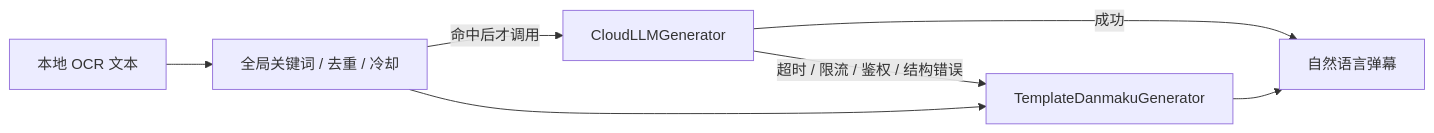
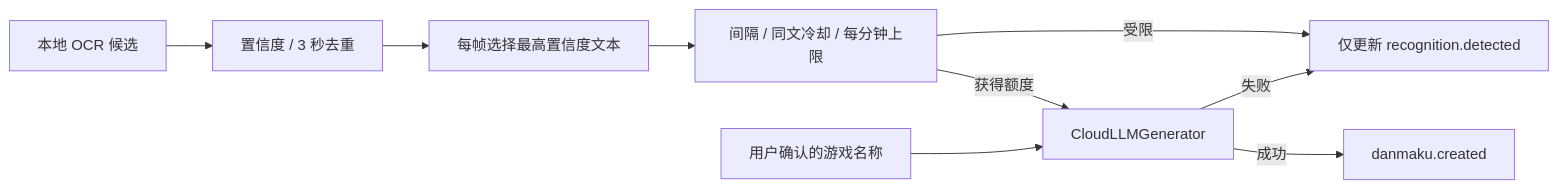
Before and after one commit to JIE305/Bullet-screen-system: the diagram in docs/cloud-generation.md, drawn with Mermaid. The commit also changed other lines of this file and 35 other files, not shown here.

````diff
--- a/docs/cloud-generation.md
+++ b/docs/cloud-generation.md
@@ -7,9 +7,11 @@
 ```mermaid
 flowchart LR
-    OCR["本地 OCR 文本"] --> Rules["全局关键词 / 去重 / 冷却"]
-    Rules -->|"命中后才调用"| Cloud["CloudLLMGenerator"]
-    Rules --> Template["TemplateDanmakuGenerator"]
-    Cloud -->|"成功"| Result["自然语言弹幕"]
-    Cloud -->|"超时 / 限流 / 鉴权 / 结构错误"| Template
-    Template --> Result
+    OCR["本地 OCR 候选"] --> Filter["置信度 / 3 秒去重"]
+    Filter --> Pick["每帧选择最高置信度文本"]
+    Pick --> Budget["间隔 / 同文冷却 / 每分钟上限"]
+    Game["用户确认的游戏名称"] --> Cloud
+    Budget -->|"获得额度"| Cloud["CloudLLMGenerator"]
+    Cloud -->|"成功"| Danmaku["danmaku.created"]
+    Budget -->|"受限"| Recognition["仅更新 recognition.detected"]
+    Cloud -->|"失败"| Recognition
 ```
````
